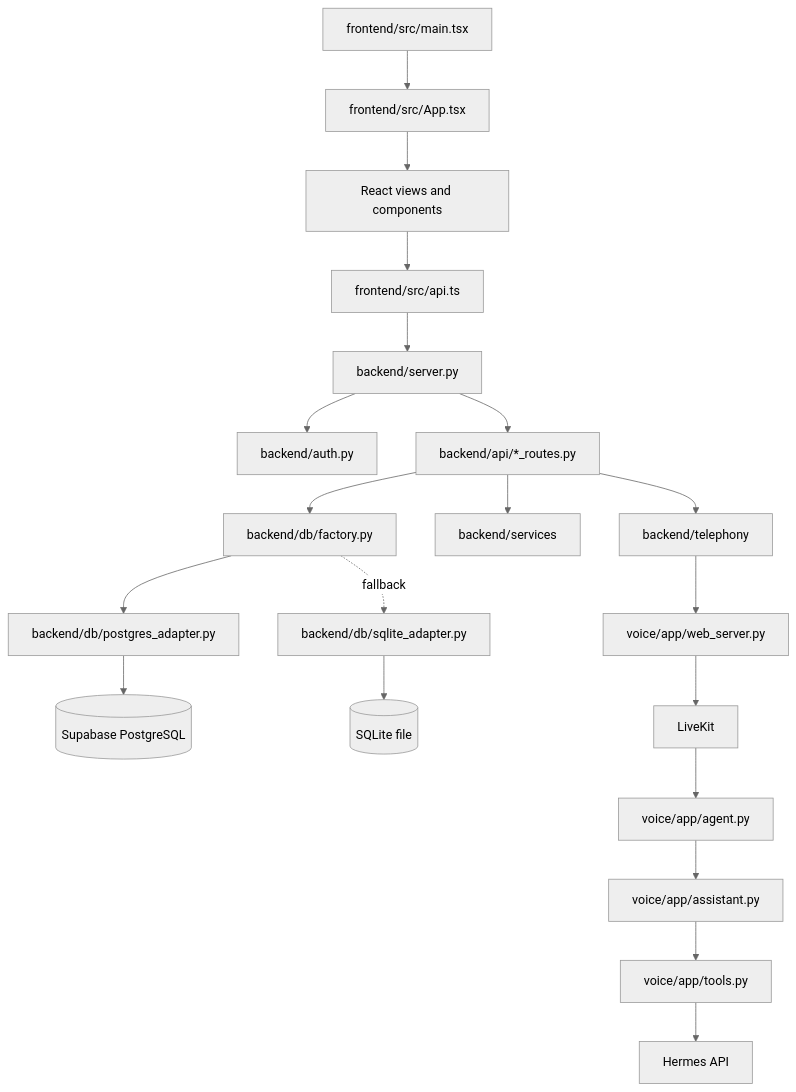
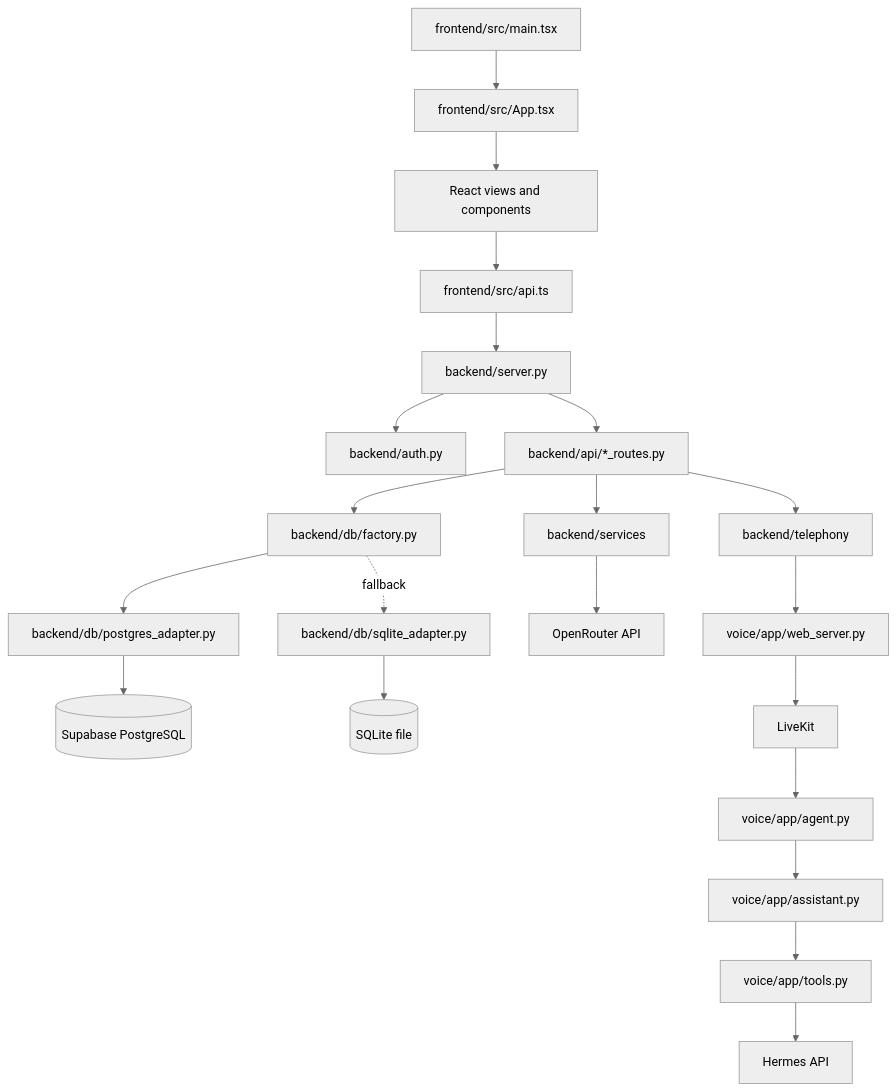
One commit to com2u/OrganAizer3 changed the second of 2 diagrams in architecture.md. Above: the diagram before and after it, drawn with Mermaid (neutral theme). The commit also changed other lines of this file and 27 other files, not shown here.

Commit message:
feat: add OpenRouter planning validation and system monitoring

````diff
--- a/architecture.md
+++ b/architecture.md
@@ -42,22 +44,23 @@
 ```mermaid
 flowchart TD
     MAIN[frontend/src/main.tsx] --> APP[frontend/src/App.tsx]
     APP --> VIEWS[React views and components]
     VIEWS --> CLIENT[frontend/src/api.ts]
     CLIENT --> SERVER[backend/server.py]
     SERVER --> AUTH[backend/auth.py]
     SERVER --> ROUTES[backend/api/*_routes.py]
     ROUTES --> FACTORY[backend/db/factory.py]
     FACTORY --> PG[backend/db/postgres_adapter.py]
     FACTORY -. fallback .-> SQLITE[backend/db/sqlite_adapter.py]
     PG --> SUPABASE[(Supabase PostgreSQL)]
     SQLITE --> SQLITEFILE[(SQLite file)]
     ROUTES --> SERVICES[backend/services]
+    SERVICES --> OPENROUTER[OpenRouter API]
     ROUTES --> TELEPHONY[backend/telephony]
     TELEPHONY --> VOICEWEB[voice/app/web_server.py]
     VOICEWEB --> LIVEKIT[LiveKit]
     LIVEKIT --> AGENT[voice/app/agent.py]
     AGENT --> ASSISTANT[voice/app/assistant.py]
     ASSISTANT --> TOOLS[voice/app/tools.py]
     TOOLS --> HERMES[Hermes API]
 ```
````
